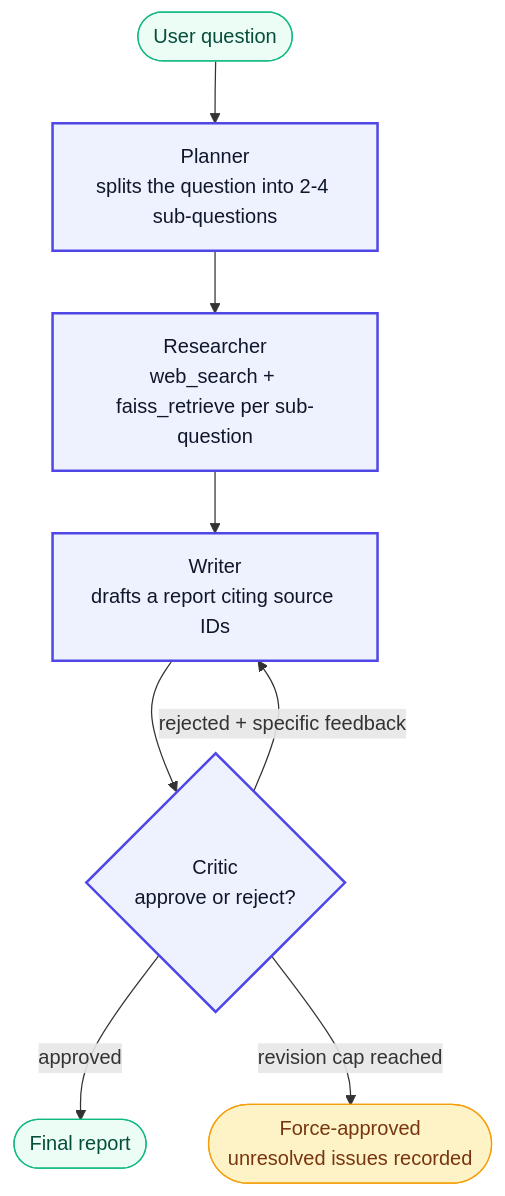
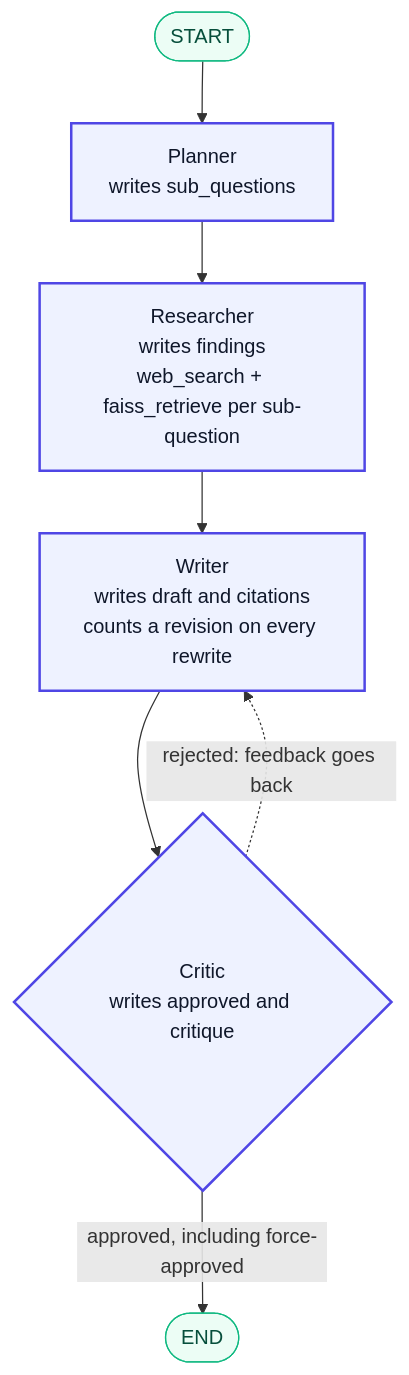
The second of 9 diagrams in README.md (ADHIRAJ994/Research-Agent), drawn with Mermaid before and after one commit. The commit also changed other lines of this file, not shown here.

````diff
--- a/README.md
+++ b/README.md
@@ -52,21 +86,14 @@
 ```mermaid
 flowchart TD
-    Q([User question]) --> P
-
-    P["Planner<br/>splits the question into 2-4 sub-questions"]
-    R["Researcher<br/>web_search + faiss_retrieve per sub-question"]
-    W["Writer<br/>drafts a report citing source IDs"]
-    C{"Critic<br/>approve or reject?"}
-
-    P --> R --> W --> C
-    C -->|approved| F([Final report])
-    C -->|"rejected + specific feedback"| W
-    C -->|"revision cap reached"| X(["Force-approved<br/>unresolved issues recorded"])
+    S([START]) --> P["Planner<br/>writes sub_questions"]
+    P --> R["Researcher<br/>writes findings<br/>web_search + faiss_retrieve per sub-question"]
+    R --> W["Writer<br/>writes draft and citations<br/>counts a revision on every rewrite"]
+    W --> C{"Critic<br/>writes approved and critique"}
+    C -->|"approved, including force-approved"| E([END])
+    C -.->|"rejected: feedback goes back"| W
 
     classDef agent fill:#EEF2FF,stroke:#4F46E5,color:#0F172A,stroke-width:2px
     classDef endpoint fill:#ECFDF5,stroke:#10B981,color:#064E3B
-    classDef warn fill:#FEF3C7,stroke:#F59E0B,color:#78350F
     class P,R,W,C agent
-    class Q,F endpoint
-    class X warn
+    class S,E endpoint
 ```
````
